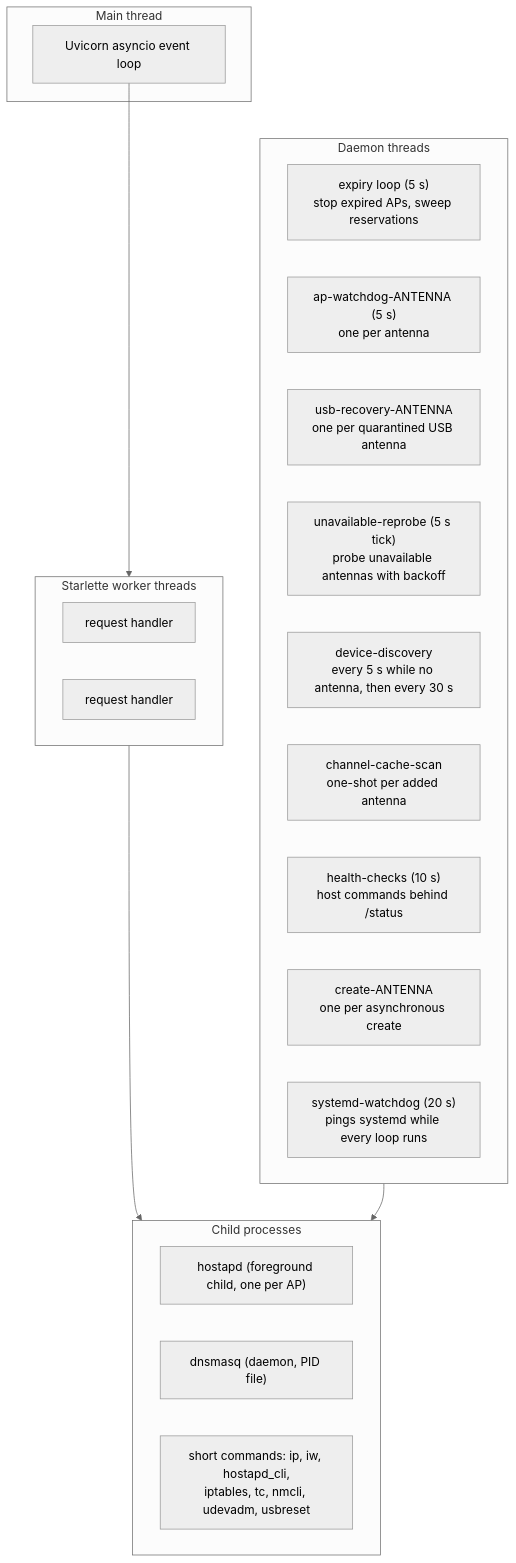
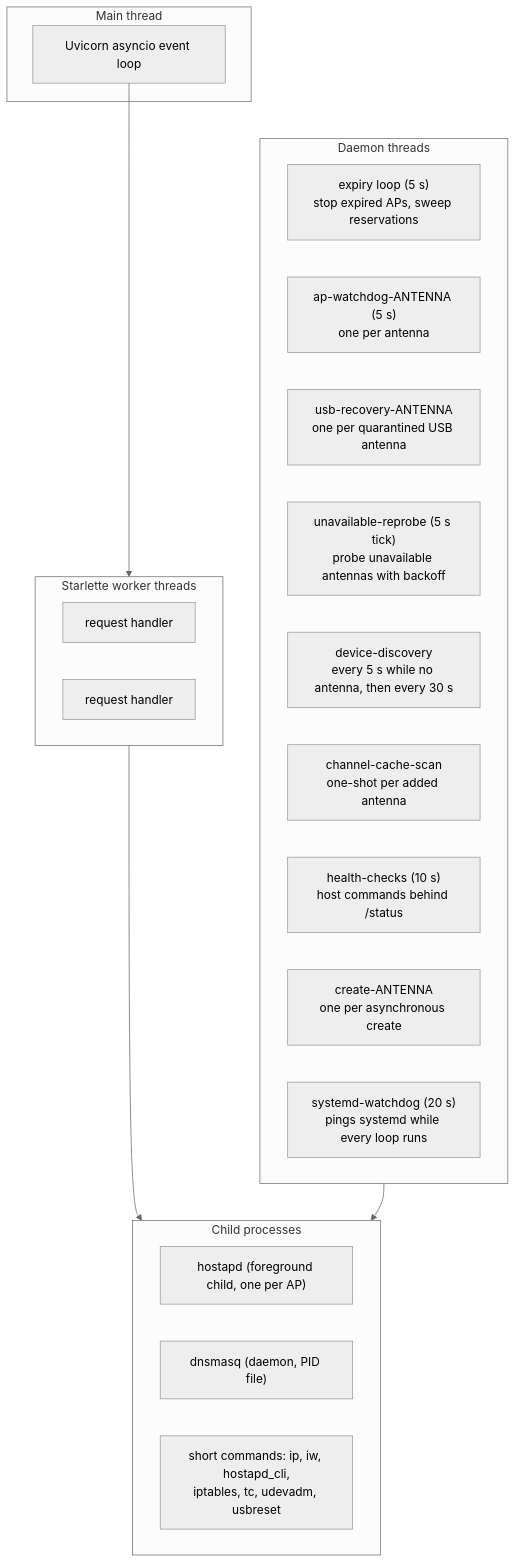
The fifth of 15 diagrams in docs/architecture.md (caporalesimone/wi-lab), drawn with Mermaid (neutral theme) before and after one commit. The commit also changed other lines of this file and 13 other files, not shown here.

````diff
--- a/docs/architecture.md
+++ b/docs/architecture.md
@@ -258,29 +258,29 @@
 ```mermaid
 flowchart TB
     subgraph EventLoop["Main thread"]
         EL["Uvicorn asyncio event loop"]
     end
     subgraph Pool["Starlette worker threads"]
         H1["request handler"]
         H2["request handler"]
     end
     subgraph Background["Daemon threads"]
         EX["expiry loop (5 s)<br/>stop expired APs, sweep reservations"]
         WDT["ap-watchdog-ANTENNA (5 s)<br/>one per antenna"]
         UR["usb-recovery-ANTENNA<br/>one per quarantined USB antenna"]
         RP["unavailable-reprobe (5 s tick)<br/>probe unavailable antennas with backoff"]
         DS["device-discovery<br/>every 5 s while no antenna, then every 30 s"]
         CC["channel-cache-scan<br/>one-shot per added antenna"]
         HC["health-checks (10 s)<br/>host commands behind /status"]
         CJ["create-ANTENNA<br/>one per asynchronous create"]
         SN["systemd-watchdog (20 s)<br/>pings systemd while every loop runs"]
     end
     subgraph Children["Child processes"]
         HP["hostapd (foreground child, one per AP)"]
         DQ["dnsmasq (daemon, PID file)"]
-        SC["short commands: ip, iw, hostapd_cli,<br/>iptables, tc, nmcli, udevadm, usbreset"]
+        SC["short commands: ip, iw, hostapd_cli,<br/>iptables, tc, udevadm, usbreset"]
     end
     EL --> Pool
     Pool --> Children
     Background --> Children
 ```
````
